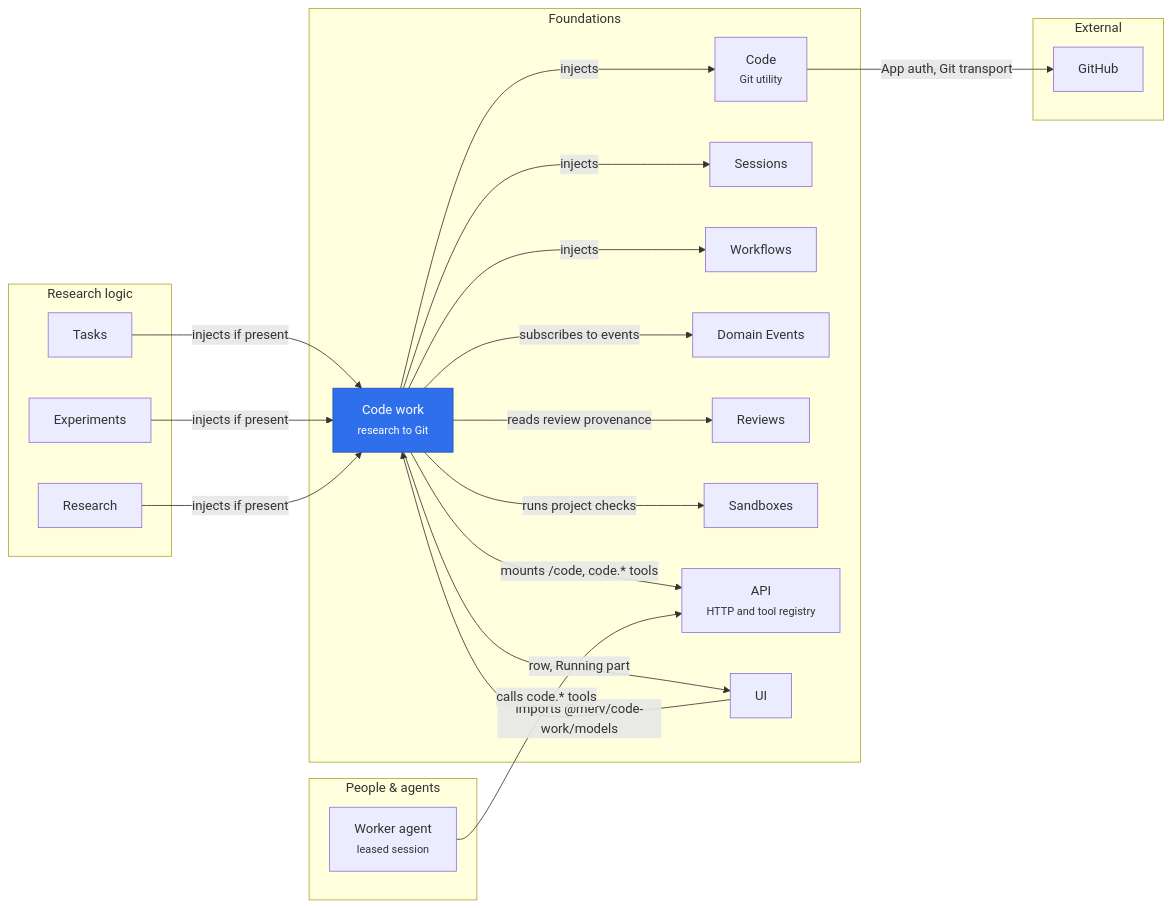
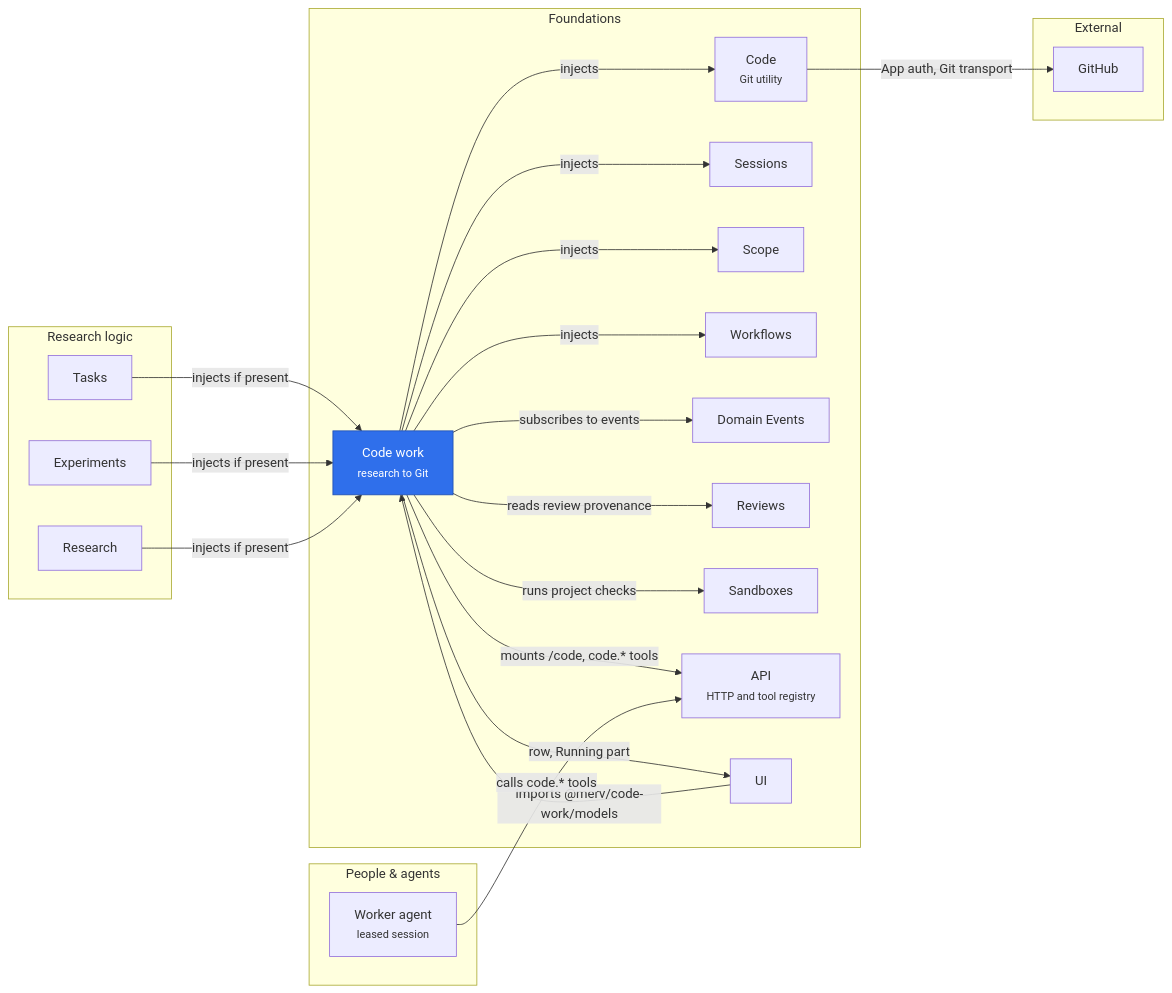
The diagram in merv-typescript/packages/code-work/README.md (rapidreview-io/Merv), drawn with Mermaid before and after one commit. The commit also changed 6 other files, not shown here.

First line of the commit message:
Draw the Scope injection and the Fleet and Sandboxes UI adapters in their diagrams

````diff
--- a/merv-typescript/packages/code-work/README.md
+++ b/merv-typescript/packages/code-work/README.md
@@ -24,41 +24,43 @@
 ```mermaid
 flowchart LR
   subgraph people["People & agents"]
     worker["Worker agent<br/><small>leased session</small>"]
   end
   subgraph researchLayer["Research logic"]
     tasks[Tasks]
     experiments[Experiments]
     research[Research]
   end
   subgraph foundations["Foundations"]
     codeWork["Code work<br/><small>research to Git</small>"]
     code["Code<br/><small>Git utility</small>"]
     sessions[Sessions]
+    scope[Scope]
     workflows[Workflows]
     domainEvents[Domain Events]
     reviews[Reviews]
     sandboxes[Sandboxes]
     api["API<br/><small>HTTP and tool registry</small>"]
     ui[UI]
   end
   subgraph external["External"]
     github[GitHub]
   end
   tasks -- "injects if present" --> codeWork
   experiments -- "injects if present" --> codeWork
   research -- "injects if present" --> codeWork
   codeWork -- "injects" --> code
   codeWork -- "injects" --> sessions
+  codeWork -- "injects" --> scope
   codeWork -- "injects" --> workflows
   codeWork -- "subscribes to events" --> domainEvents
   codeWork -- "reads review provenance" --> reviews
   codeWork -- "runs project checks" --> sandboxes
   codeWork -- "mounts /code, code.* tools" --> api
   codeWork -- "row, Running part" --> ui
   ui -- "imports @merv/code-work/models" --> codeWork
   worker -- "calls code.* tools" --> api
   code -- "App auth, Git transport" --> github
   classDef self fill:#2f6feb,color:#fff,stroke:#1f4fb0
   class codeWork self
 ```
````
